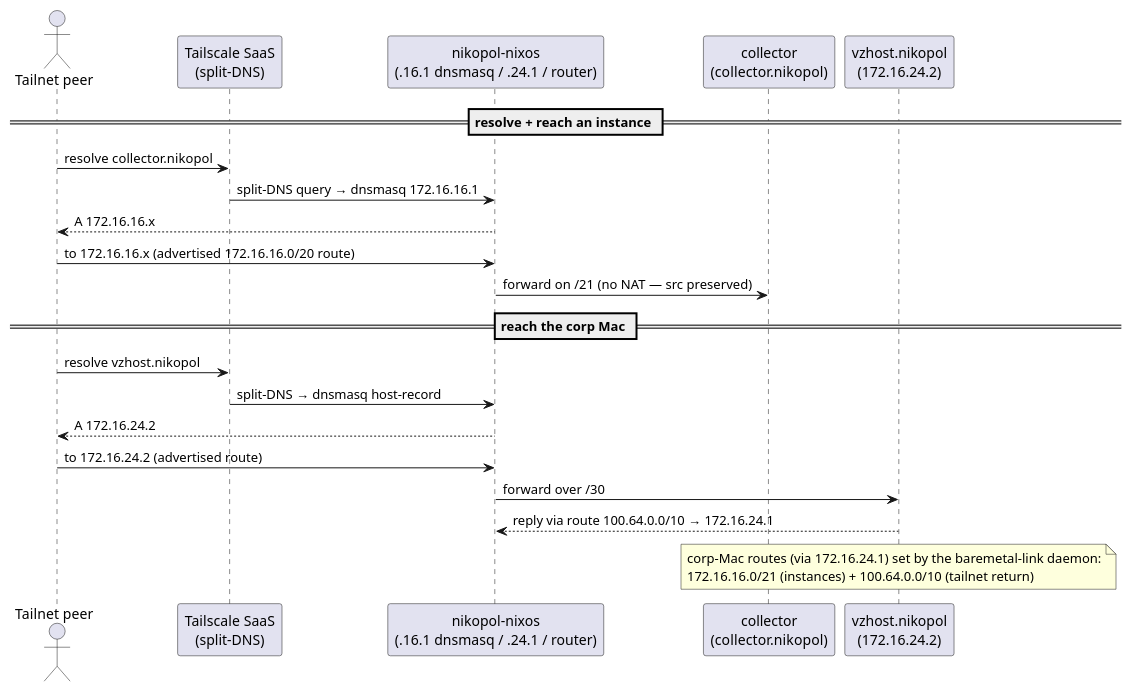
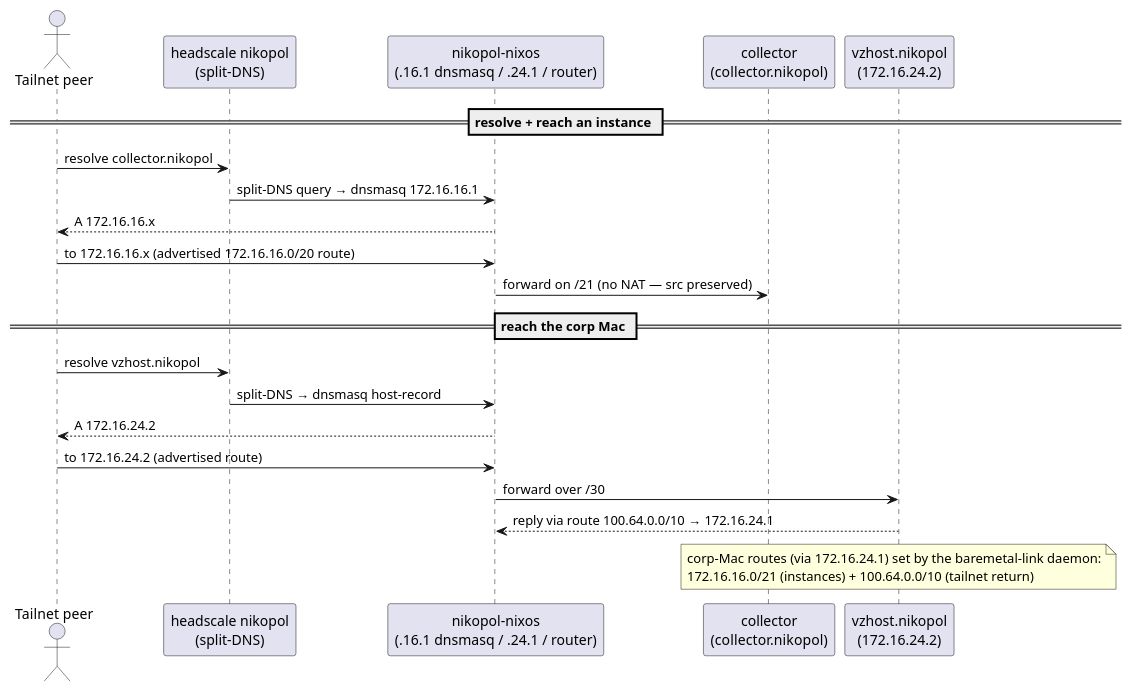
One commit to seedmatic/ndh changed the third of 3 diagrams in docs/network-topology-c4.adoc. Above: the diagram before and after it, drawn with PlantUML. The commit also changed other lines of this file and 16 other files, not shown here.

```diff
--- a/docs/network-topology-c4.adoc
+++ b/docs/network-topology-c4.adoc
@@ -192,26 +180,26 @@
 [plantuml,vz-host-sequence,svg]
 ----
 @startuml
 actor "Tailnet peer" as OP
-participant "Tailscale SaaS\n(split-DNS)" as TS
+participant "headscale nikopol\n(split-DNS)" as TS
 participant "nikopol-nixos\n(.16.1 dnsmasq / .24.1 / router)" as NIXOS
 participant "collector\n(collector.nikopol)" as COLL
 participant "vzhost.nikopol\n(172.16.24.2)" as VZ
 
 == resolve + reach an instance ==
 OP -> TS : resolve collector.nikopol
 TS -> NIXOS : split-DNS query → dnsmasq 172.16.16.1
 NIXOS --> OP : A 172.16.16.x
 OP -> NIXOS : to 172.16.16.x (advertised 172.16.16.0/20 route)
 NIXOS -> COLL : forward on /21 (no NAT — src preserved)
 
 == reach the corp Mac ==
 OP -> TS : resolve vzhost.nikopol
 TS -> NIXOS : split-DNS → dnsmasq host-record
 NIXOS --> OP : A 172.16.24.2
 OP -> NIXOS : to 172.16.24.2 (advertised route)
 NIXOS -> VZ : forward over /30
 VZ --> NIXOS : reply via route 100.64.0.0/10 → 172.16.24.1
 note over VZ: corp-Mac routes (via 172.16.24.1) set by the baremetal-link daemon:\n172.16.16.0/21 (instances) + 100.64.0.0/10 (tailnet return)
 @enduml
 ----
```
